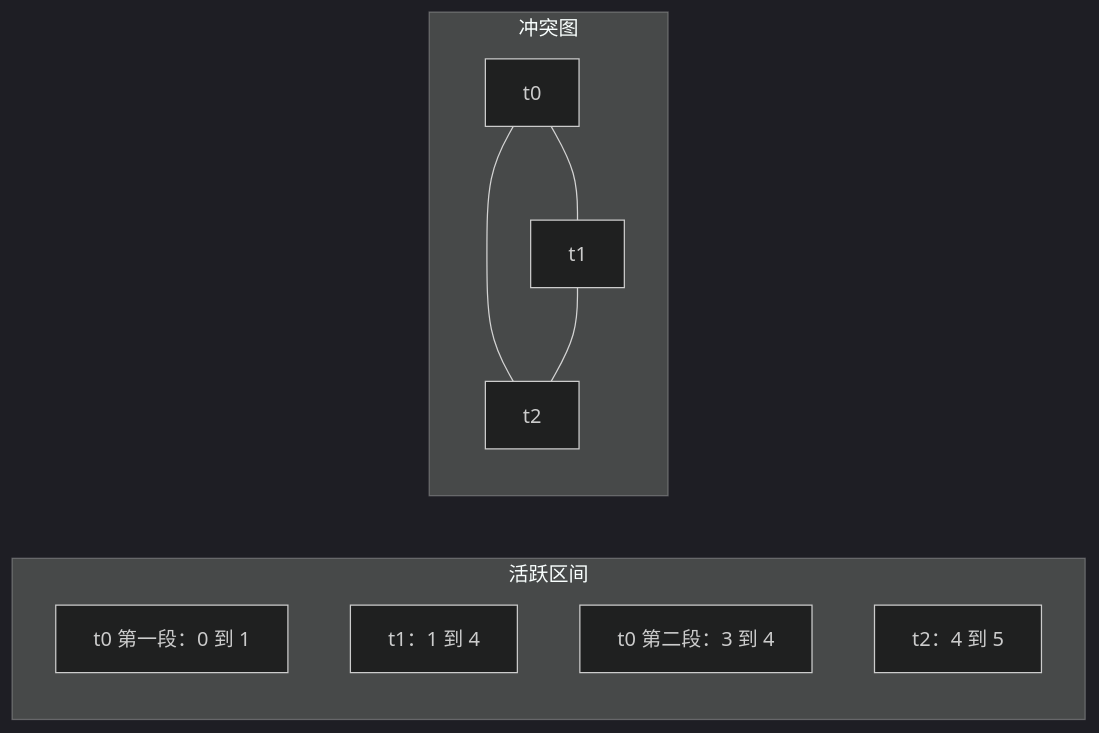
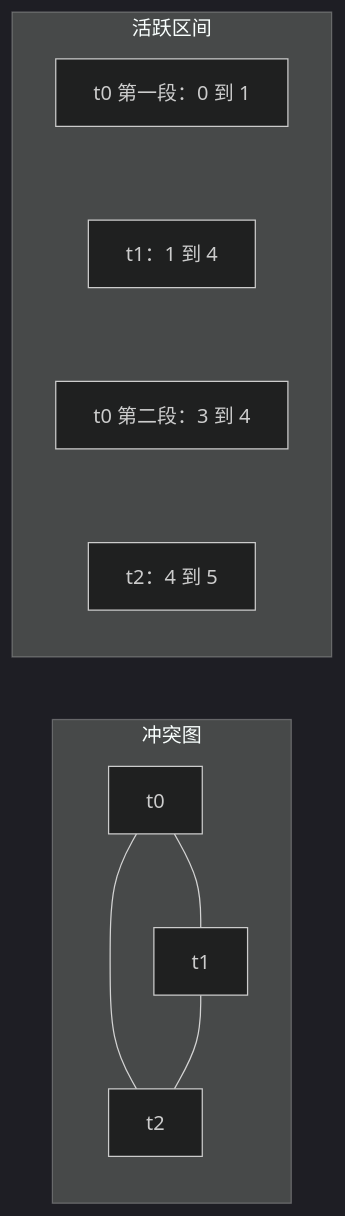
The second of 3 diagrams in docs/labs/part6-target-optimization.md (lightsmilew/compiler-principles), drawn with Mermaid (dark theme) before and after one commit. The commit also changed other lines of this file and 36 other files, not shown here.

````diff
--- a/docs/labs/part6-target-optimization.md
+++ b/docs/labs/part6-target-optimization.md
@@ -96,14 +96,15 @@
 ```mermaid
+%% 上下两块：先写「冲突图」，渲染出来才是上=活跃区间、下=冲突图；
+%% 活跃区间之间用不可见连线（~~~）竖排，保证自上而下按程序点先后排列。
 flowchart LR
-  subgraph 活跃区间
-    R0["t0 第一段：0 到 1"]
-    R1["t1：1 到 4"]
-    R2["t0 第二段：3 到 4"]
-    R3["t2：4 到 5"]
-  end
   subgraph 冲突图
     A[t0] --- B[t1]
     A --- C[t2]
     B --- C
   end
+  subgraph 活跃区间
+    R0["t0 第一段：0 到 1"] ~~~ R1["t1：1 到 4"]
+    R1 ~~~ R2["t0 第二段：3 到 4"]
+    R2 ~~~ R3["t2：4 到 5"]
+  end
 ```
````
